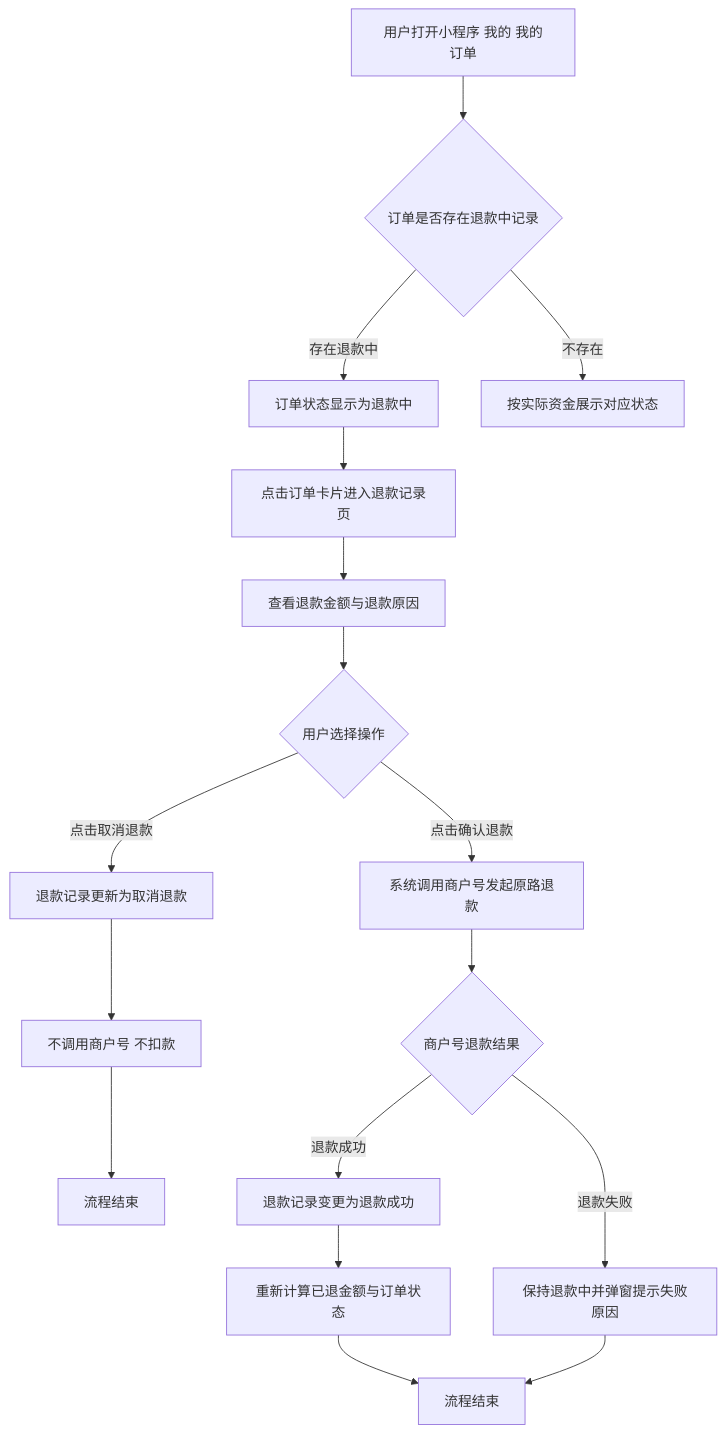
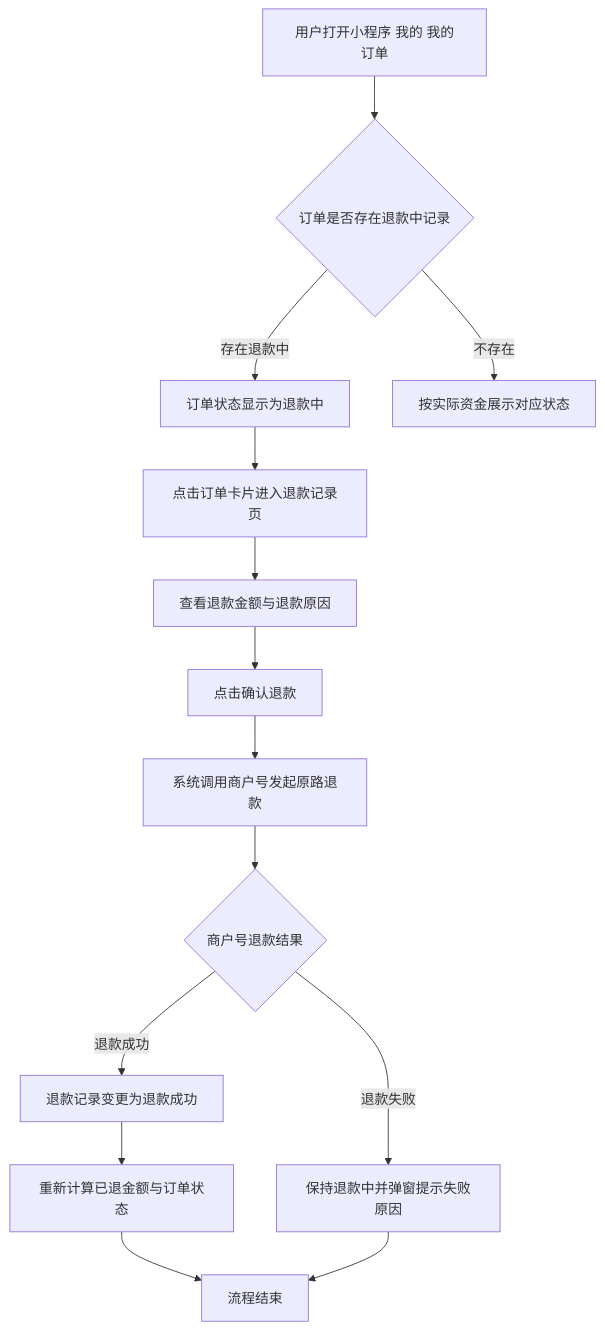
Before and after one commit to Yping-98/prototypes: the second of 3 diagrams in order-refund-management/PRD-1V1服务订单退款.md, drawn with Mermaid. The commit also changed other lines of this file and 1 other file, not shown here.

````diff
--- a/order-refund-management/PRD-1V1服务订单退款.md
+++ b/order-refund-management/PRD-1V1服务订单退款.md
@@ -53,19 +59,16 @@
 ```mermaid
 flowchart TD
     A[用户打开小程序 我的 我的订单] --> B{订单是否存在退款中记录}
     B -->|存在退款中| C[订单状态显示为退款中]
     B -->|不存在| D[按实际资金展示对应状态]
     C --> E[点击订单卡片进入退款记录页]
     E --> F[查看退款金额与退款原因]
-    F --> G{用户选择操作}
-    G -->|点击取消退款| H[退款记录更新为取消退款]
-    H --> I[不调用商户号 不扣款]
-    I --> J[流程结束]
-    G -->|点击确认退款| K[系统调用商户号发起原路退款]
+    F --> G[点击确认退款]
+    G --> K[系统调用商户号发起原路退款]
     K --> L{商户号退款结果}
     L -->|退款成功| M[退款记录变更为退款成功]
     M --> N[重新计算已退金额与订单状态]
     N --> O[流程结束]
     L -->|退款失败| P[保持退款中并弹窗提示失败原因]
     P --> O
 ```
````
